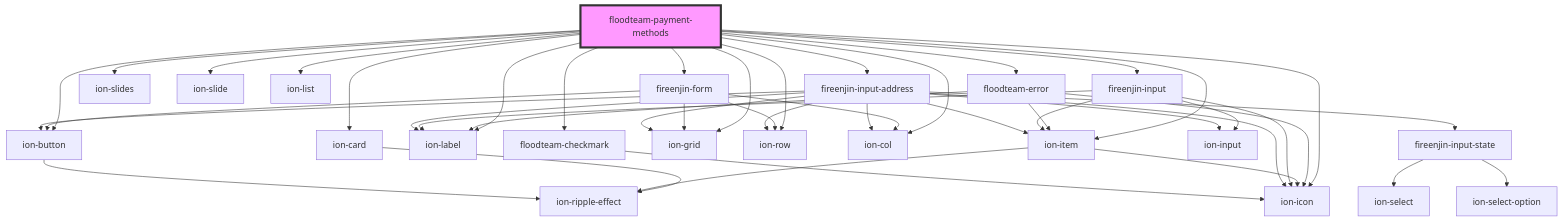
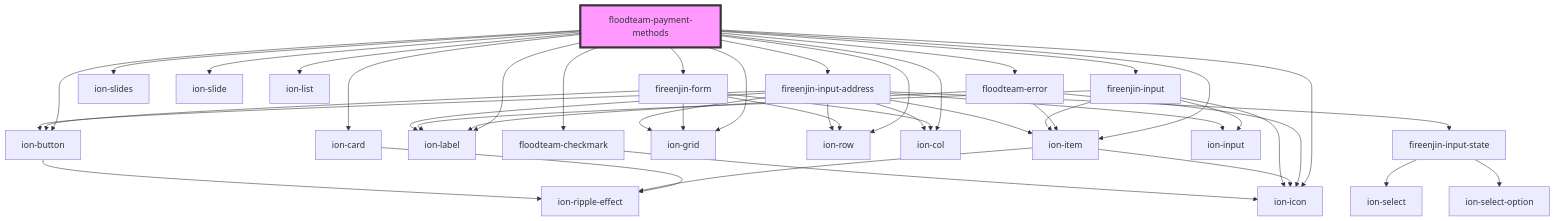
One commit to FloodTeam/components changed the diagram in src/components/payment-methods/readme.md. Above: the diagram before and after it, drawn with Mermaid. The commit also changed 2 other files, not shown here.

Commit message:
fix(): Update dependencies

````diff
--- a/src/components/payment-methods/readme.md
+++ b/src/components/payment-methods/readme.md
@@ -47,47 +47,46 @@
 ```mermaid
 graph TD;
   floodteam-payment-methods --> ion-card
   floodteam-payment-methods --> floodteam-error
   floodteam-payment-methods --> ion-slides
   floodteam-payment-methods --> ion-slide
   floodteam-payment-methods --> ion-list
   floodteam-payment-methods --> ion-item
   floodteam-payment-methods --> ion-label
   floodteam-payment-methods --> ion-button
   floodteam-payment-methods --> ion-icon
   floodteam-payment-methods --> ion-grid
   floodteam-payment-methods --> ion-row
   floodteam-payment-methods --> ion-col
   floodteam-payment-methods --> fireenjin-form
   floodteam-payment-methods --> fireenjin-input
   floodteam-payment-methods --> fireenjin-input-address
   floodteam-payment-methods --> floodteam-checkmark
   ion-card --> ion-ripple-effect
   floodteam-error --> ion-item
   floodteam-error --> ion-icon
   floodteam-error --> ion-label
   ion-item --> ion-icon
   ion-item --> ion-ripple-effect
   ion-button --> ion-ripple-effect
   fireenjin-form --> ion-grid
   fireenjin-form --> ion-row
   fireenjin-form --> ion-col
   fireenjin-form --> ion-button
   fireenjin-input --> ion-input
   fireenjin-input --> ion-item
   fireenjin-input --> ion-icon
   fireenjin-input --> ion-label
   fireenjin-input-address --> ion-item
   fireenjin-input-address --> ion-label
   fireenjin-input-address --> ion-input
   fireenjin-input-address --> ion-grid
   fireenjin-input-address --> ion-row
   fireenjin-input-address --> ion-col
   fireenjin-input-address --> fireenjin-input-state
   fireenjin-input-address --> ion-button
-  fireenjin-input-address --> ion-icon
   fireenjin-input-state --> ion-select
   fireenjin-input-state --> ion-select-option
   floodteam-checkmark --> ion-icon
   style floodteam-payment-methods fill:#f9f,stroke:#333,stroke-width:4px
 ```
````
